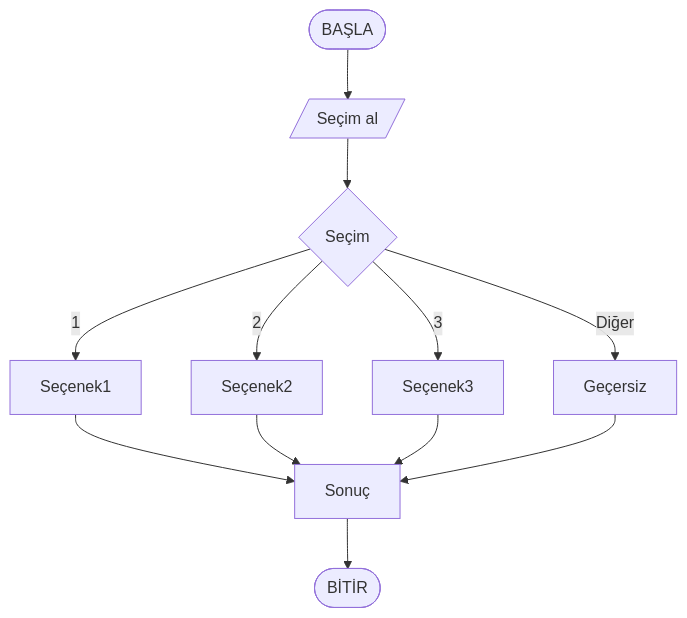
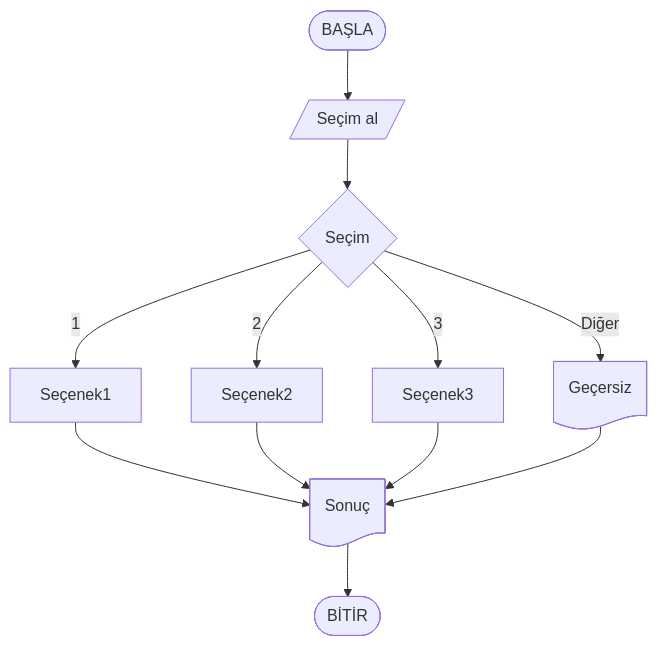
Before and after one commit to ibrahimayaz/Algoritma-ve-Programlamaya-Giris-2025: the fourth of 5 diagrams in Hafta03/ders_icerik.md, drawn with Mermaid. The commit also changed other lines of this file and 18 other files, not shown here.

````diff
--- a/Hafta03/ders_icerik.md
+++ b/Hafta03/ders_icerik.md
@@ -528,9 +528,9 @@
 ```mermaid
 flowchart TD
   start([BAŞLA]) --> inSel[/Seçim al/]
   inSel --> dec{Seçim}
-  dec -->|1| opt1[Seçenek1] --> out[Sonuç] --> endNode([BİTİR])
+  dec -->|1| opt1[Seçenek1] --> out@{ shape: doc, label: "Sonuç" } --> endNode([BİTİR])
   dec -->|2| opt2[Seçenek2] --> out
   dec -->|3| opt3[Seçenek3] --> out
-  dec -->|Diğer| invalid[Geçersiz] --> out
+  dec -->|Diğer| invalid@{ shape: doc, label: "Geçersiz" } --> out
 ```
````
